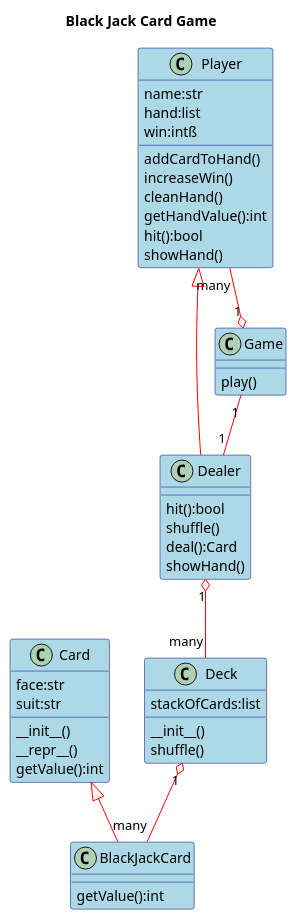
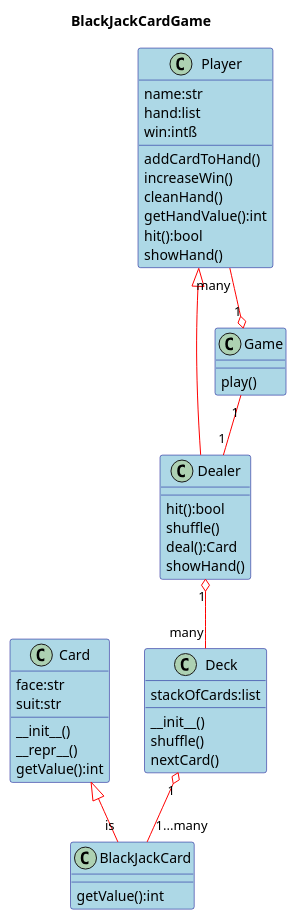
One commit to jwang1122/playground changed the diagram in doc/card.wsd. Above: the diagram before and after it, drawn with PlantUML. The commit also changed 7 other files, not shown here.

```diff
--- a/doc/card.wsd
+++ b/doc/card.wsd
@@ -1,51 +1,52 @@
 @startuml 
 
 skinparam class {
     BackgroundColor LightBlue
     ArrowColor Red
     BorderColor DarkBlue
 }
-title Black Jack Card Game
+title BlackJackCardGame
 class Card
 class BlackJackCard
-Card <|-- BlackJackCard
+Card <|-- "is" BlackJackCard
 
 Card : face:str
 Card : suit:str
 Card : __init__()
 Card : __repr__()
 Card : getValue():int
 
 BlackJackCard : getValue():int
 
-Deck "1" o-- "many" BlackJackCard
+Deck "1" o-- "1...many" BlackJackCard
 Deck : stackOfCards:list
 Deck : __init__()
 Deck : shuffle()
+Deck : nextCard()
 
 class Player
 class Dealer
 Player <|-- Dealer
 
 Player "many" --o "1" Game
 Player : addCardToHand()
 Player : increaseWin()
 Player : cleanHand()
 Player : getHandValue():int
 Player : hit():bool
 Player : showHand()
 Player : name:str
 Player : hand:list
 Player : win:intß
 
 Dealer : hit():bool
 Dealer : shuffle()
 Dealer : deal():Card
 Dealer : showHand()
 
 Dealer "1" o-- "many" Deck
 
 Game "1" -- "1" Dealer
 Game : play()
 
 @enduml
```
